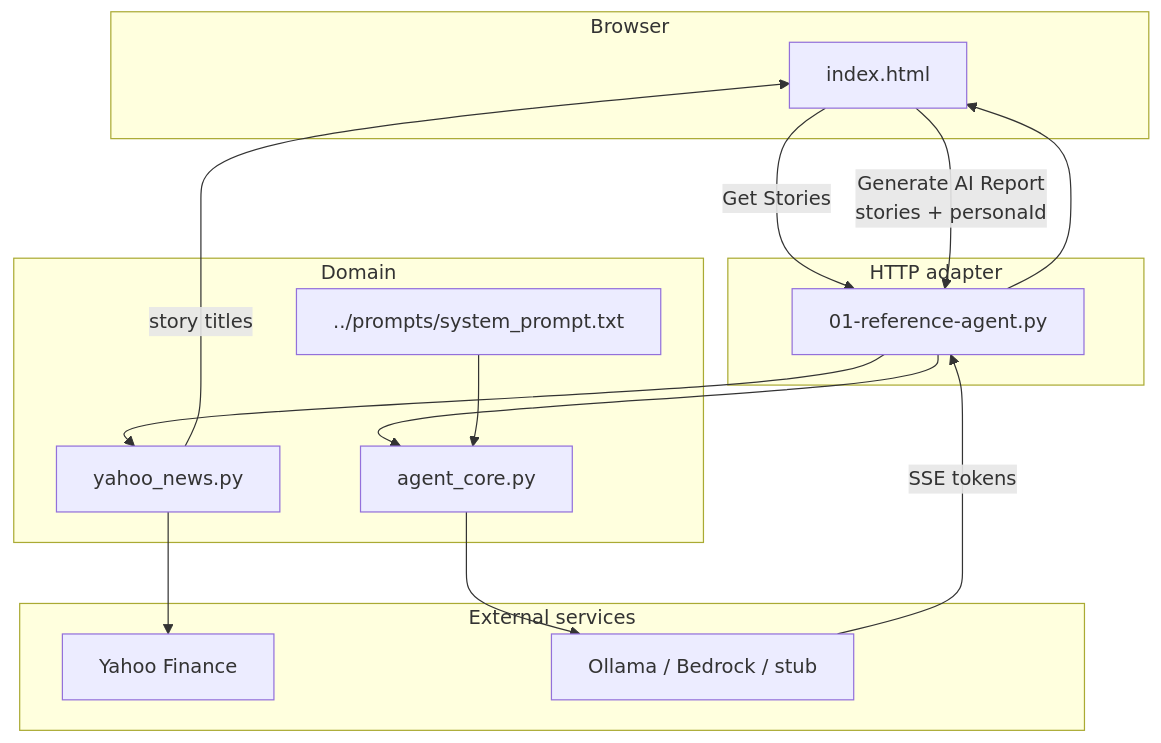
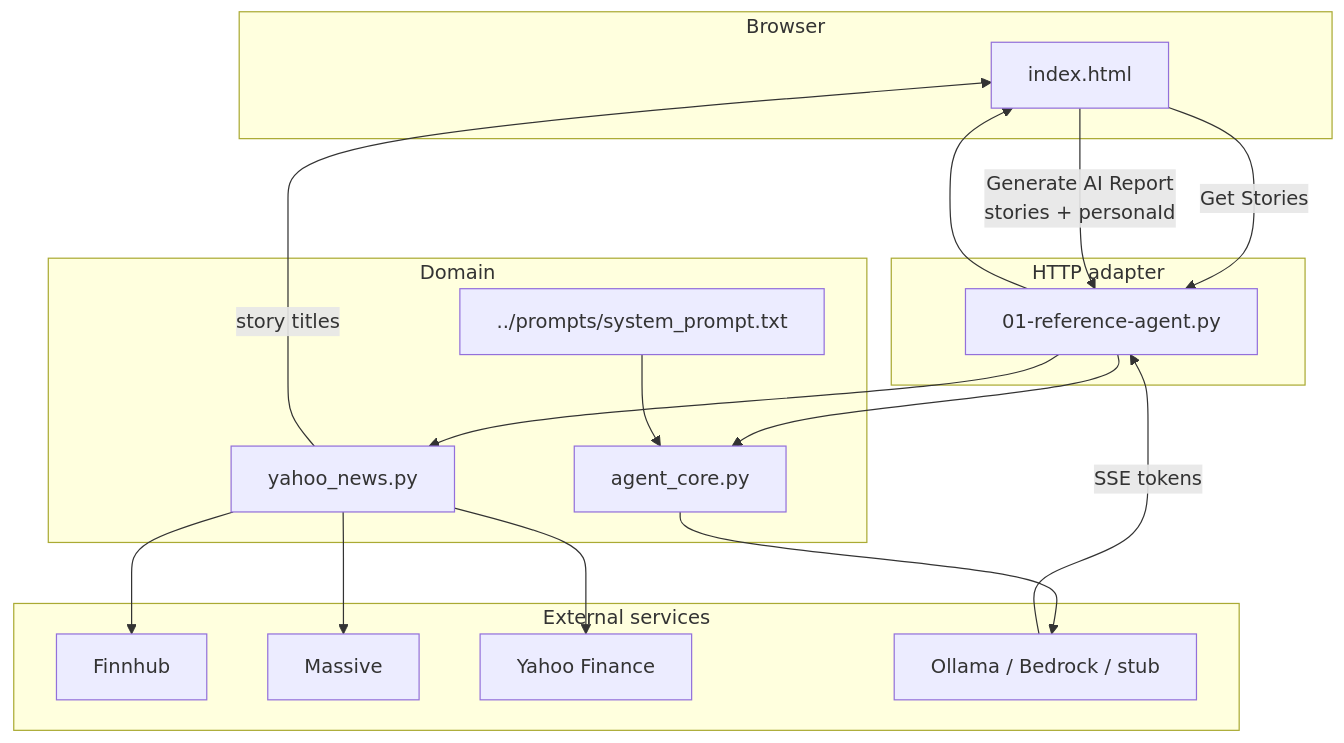
Before and after one commit to marcoman/lunch-marcoly: the diagram in 01-reference-agent/python/README.md, drawn with Mermaid. The commit also changed other lines of this file and 34 other files, not shown here.

Commit message:
feat: update 01-reference-agent to use finnhub + massive for news first, and yahoo finance last.  This fixes an API throttling problem.

````diff
--- a/01-reference-agent/python/README.md
+++ b/01-reference-agent/python/README.md
@@ -209,33 +209,37 @@
 ```mermaid
 flowchart TB
   subgraph ui [Browser]
     HTML[index.html]
   end
 
   subgraph http [HTTP adapter]
     APP[01-reference-agent.py]
   end
 
   subgraph domain [Domain]
     YN[yahoo_news.py]
     AC[agent_core.py]
     SP[../prompts/system_prompt.txt]
   end
 
   subgraph external [External services]
+    FH[Finnhub]
+    MS[Massive]
     YF[Yahoo Finance]
     OL[Ollama / Bedrock / stub]
   end
 
   HTML -->|Get Stories| APP
   APP --> YN
+  YN --> FH
+  YN --> MS
   YN --> YF
   YN -->|story titles| HTML
 
   HTML -->|Generate AI Report<br/>stories + personaId| APP
   APP --> AC
   SP --> AC
   AC --> OL
   OL -->|SSE tokens| APP
   APP --> HTML
 ```
````
